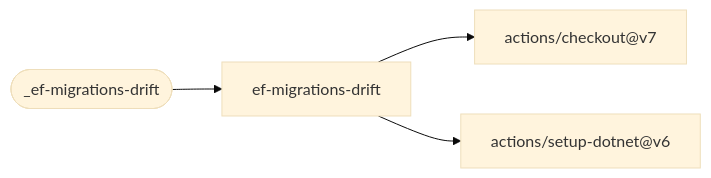
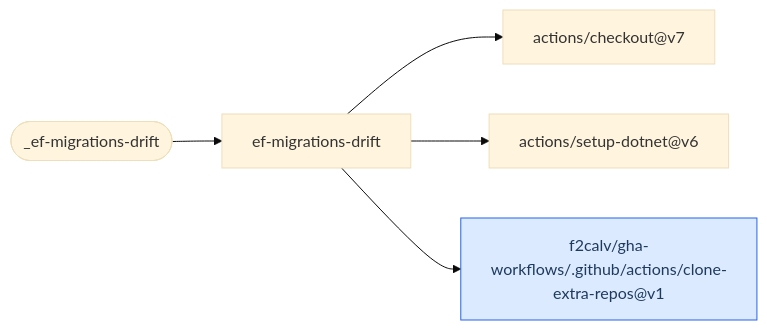
One commit to f2calv/gha-workflows changed the seventh of 16 diagrams in README.md. Above: the diagram before and after it, drawn with Mermaid (base theme). The commit also changed other lines of this file and 4 other files, not shown here.

First line of the commit message:
refactor(workflows): clone extra repositories through the shared action

````diff
--- a/README.md
+++ b/README.md
@@ -304,7 +306,9 @@
 ```mermaid
 flowchart LR
     classDef f2calv fill:#dbeafe,stroke:#2563eb,color:#1e3a5f
     W(["_ef-migrations-drift"]) --> J["ef-migrations-drift"]
     J --> A1["actions/checkout@v7"]
     J --> A2["actions/setup-dotnet@v6"]
+    J --> A3["f2calv/gha-workflows/.github/actions/clone-extra-repos@v1"]
+    class A3 f2calv
 ```
````
